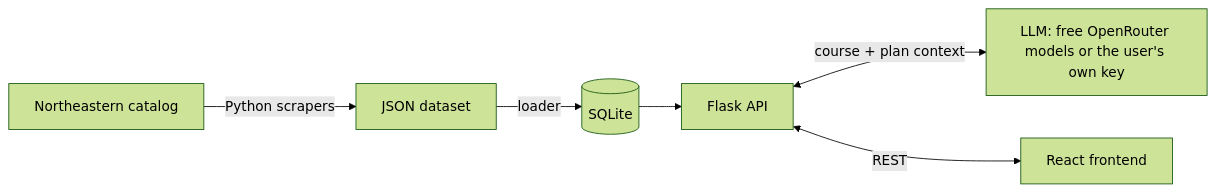
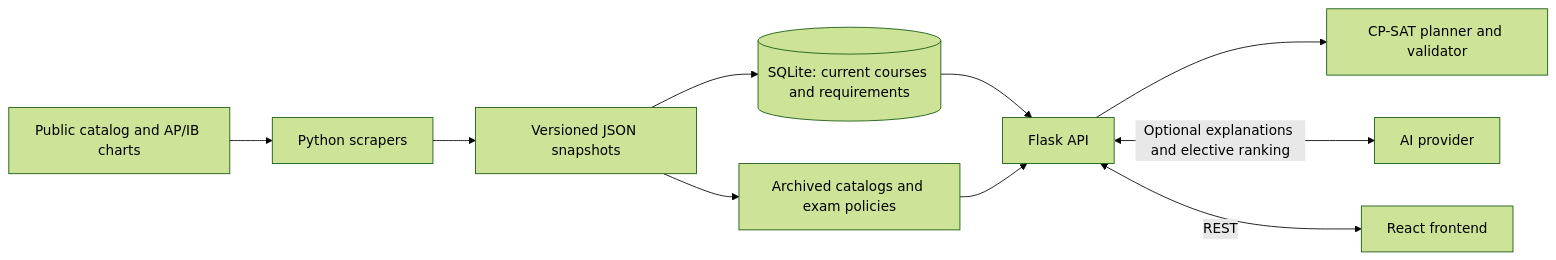
One commit to joseph-kelly1/nu-insights changed the diagram in README.md. Above: the diagram before and after it, drawn with Mermaid (forest theme). The commit also changed other lines of this file and 25 other files, not shown here.

````diff
--- a/README.md
+++ b/README.md
@@ -43,8 +64,12 @@
 ```mermaid
 flowchart LR
-    A[Northeastern catalog] -->|Python scrapers| B[JSON dataset]
-    B -->|loader| C[(SQLite)]
-    C --> D[Flask API]
-    D <-->|course + plan context| E[LLM: free OpenRouter models or the user's own key]
-    D <-->|REST| F[React frontend]
+    A[Public catalog and AP/IB charts] --> B[Python scrapers]
+    B --> C[Versioned JSON snapshots]
+    C --> D[(SQLite: current courses and requirements)]
+    C --> E[Archived catalogs and exam policies]
+    D --> F[Flask API]
+    E --> F
+    F --> G[CP-SAT planner and validator]
+    F <-->|Optional explanations and elective ranking| H[AI provider]
+    F <-->|REST| I[React frontend]
 ```
````
